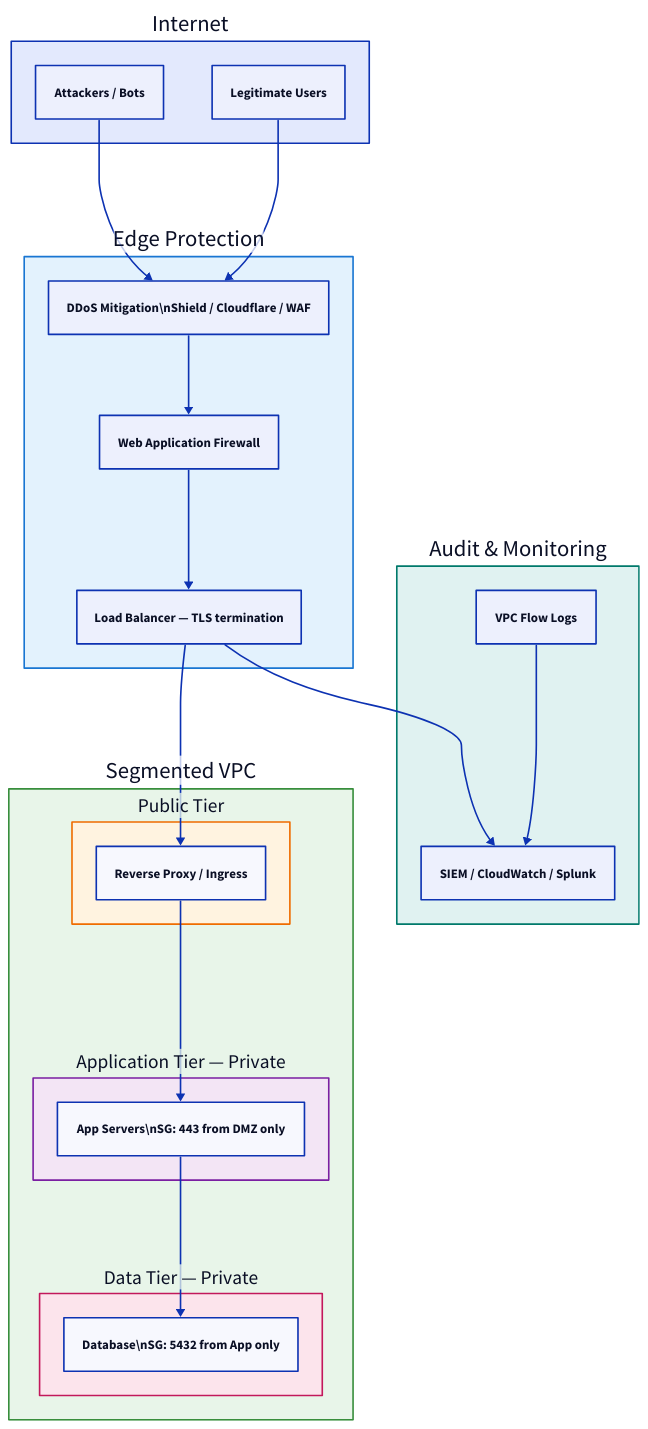
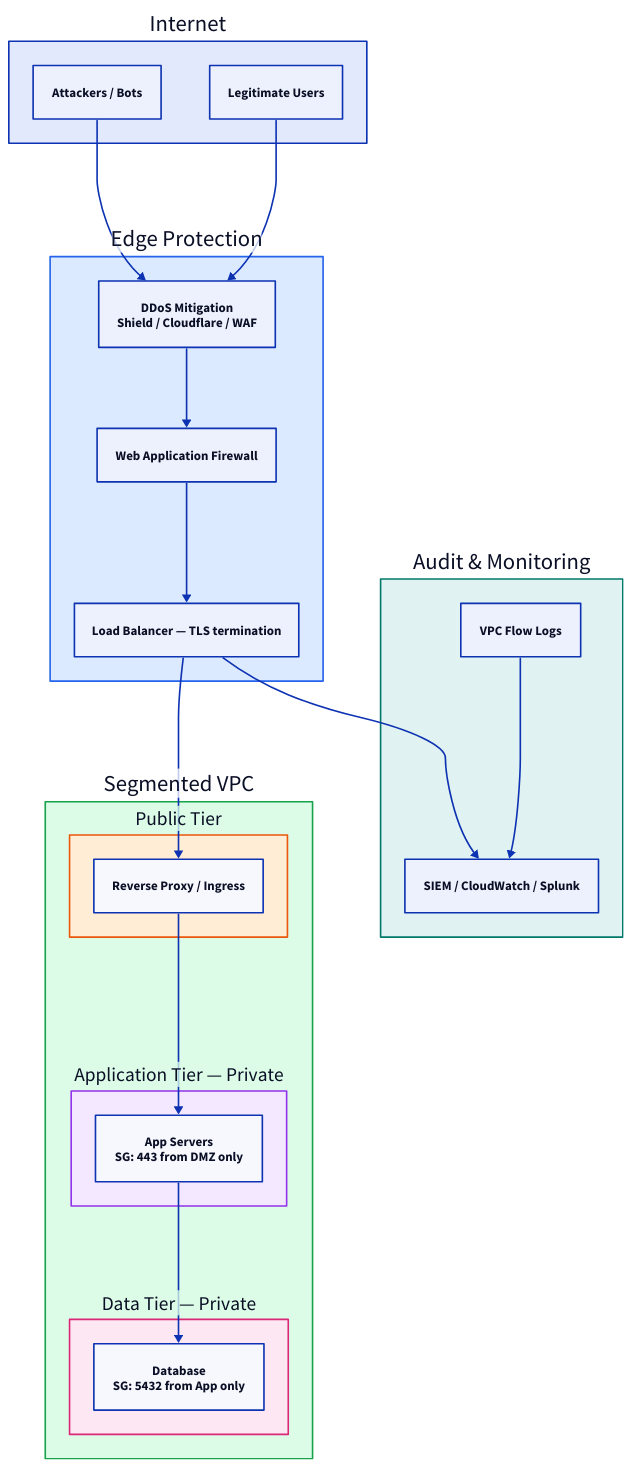
One commit to rebash-rebash/rebash-academy changed the diagram in docs/networking/network-security-hardening.md. Above: the diagram before and after it, drawn with D2. The commit also changed other lines of this file and 177 other files, not shown here.

First line of the commit message:
Ship Terraform track, diagram polish, and new brand favicon.

````diff
--- a/docs/networking/network-security-hardening.md
+++ b/docs/networking/network-security-hardening.md
@@ -58,61 +58,61 @@
 ```d2
 direction: down
 
 Internet: Internet {
         Attacker: "Attackers / Bots"
         Users: "Legitimate Users"
     }
     Edge: "Edge Protection" {
       style: {
-        fill: "#e3f2fd"
-        stroke: "#1976d2"
+        fill: "#dbeafe"
+        stroke: "#2563eb"
       }
-        DDoS: "DDoS Mitigation\\nShield / Cloudflare / WAF"
+        DDoS: "DDoS Mitigation\nShield / Cloudflare / WAF"
         WAF: "Web Application Firewall"
         LB: "Load Balancer — TLS termination"
     }
     VPC: "Segmented VPC" {
       style: {
-        fill: "#e8f5e9"
-        stroke: "#388e3c"
+        fill: "#dcfce7"
+        stroke: "#16a34a"
       }
         DMZ: "Public Tier" {
           style: {
-            fill: "#fff3e0"
-            stroke: "#ef6c00"
+            fill: "#ffedd5"
+            stroke: "#ea580c"
           }
             Proxy: "Reverse Proxy / Ingress"
         }
         AppTier: "Application Tier — Private" {
           style: {
-            fill: "#f3e5f5"
-            stroke: "#7b1fa2"
+            fill: "#f3e8ff"
+            stroke: "#9333ea"
           }
-            App: "App Servers\\nSG: 443 from DMZ only"
+            App: "App Servers\nSG: 443 from DMZ only"
         }
         DataTier: "Data Tier — Private" {
           style: {
-            fill: "#fce4ec"
-            stroke: "#c2185b"
+            fill: "#fce7f3"
+            stroke: "#db2777"
           }
-            DB: "Database\\nSG: 5432 from App only"
+            DB: "Database\nSG: 5432 from App only"
         }
     }
     Observability: "Audit & Monitoring" {
       style: {
         fill: "#e0f2f1"
         stroke: "#00796b"
       }
         Flow: "VPC Flow Logs"
         SIEM: "SIEM / CloudWatch / Splunk"
     }
     Internet.Attacker -> Edge.DDoS
     Internet.Users -> Edge.DDoS
     Edge.DDoS -> Edge.WAF
     Edge.WAF -> Edge.LB
     Edge.LB -> VPC.DMZ.Proxy
     VPC.DMZ.Proxy -> VPC.AppTier.App
     VPC.AppTier.App -> VPC.DataTier.DB
     Observability.Flow -> Observability.SIEM
     Edge.LB -> Observability.SIEM
 ```
````
